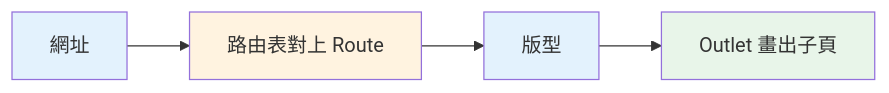
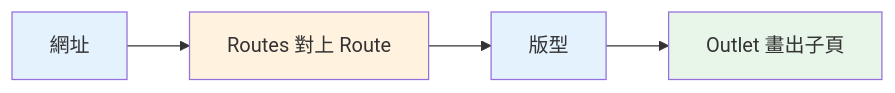
The second of 7 diagrams in source/_posts/lokiTech-15day-11-react-router.md (summer10920/summer10920.github.io), drawn with Mermaid before and after one commit. The commit also changed other lines of this file and 3 other files, not shown here.

```diff
--- a/source/_posts/lokiTech-15day-11-react-router.md
+++ b/source/_posts/lokiTech-15day-11-react-router.md
@@ -23,9 +281,9 @@
 {% mermaid graph LR %}
-  urlNode["網址"] --> tableNode["路由表對上 Route"]
+  urlNode["網址"] --> tableNode["Routes 對上 Route"]
   tableNode --> layoutNode["版型"]
   layoutNode --> slotNode["Outlet 畫出子頁"]
   style urlNode fill:#e3f2fd
   style tableNode fill:#fff3e0
   style layoutNode fill:#e3f2fd
   style slotNode fill:#e8f5e9
 {% endmermaid %}
```
